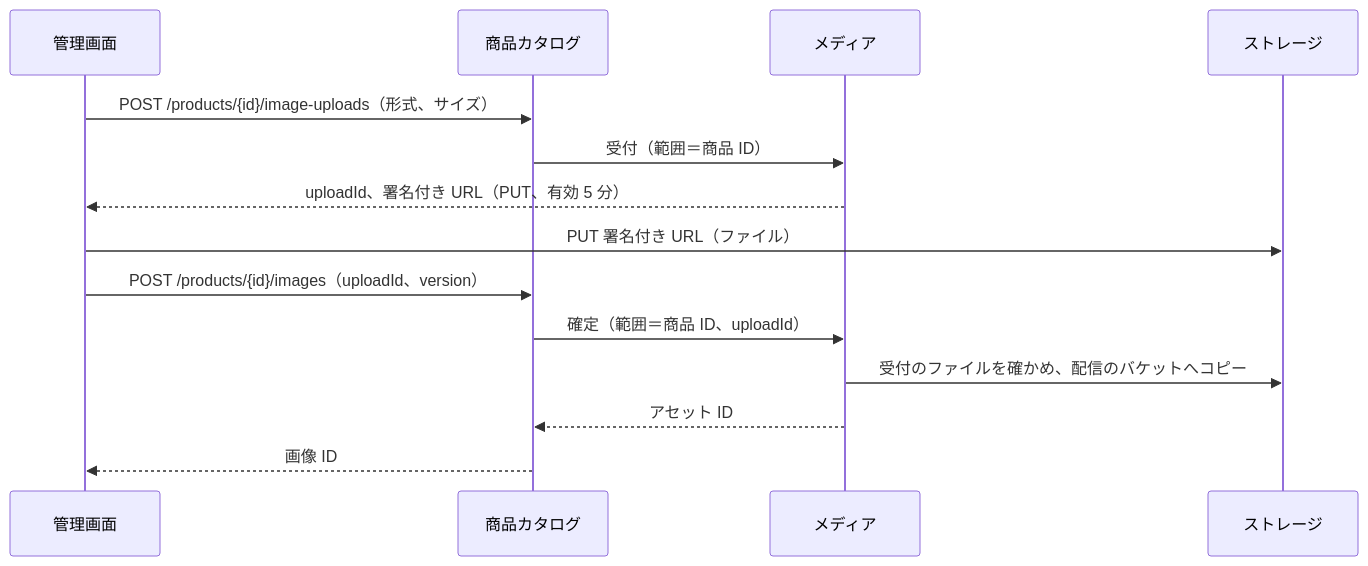
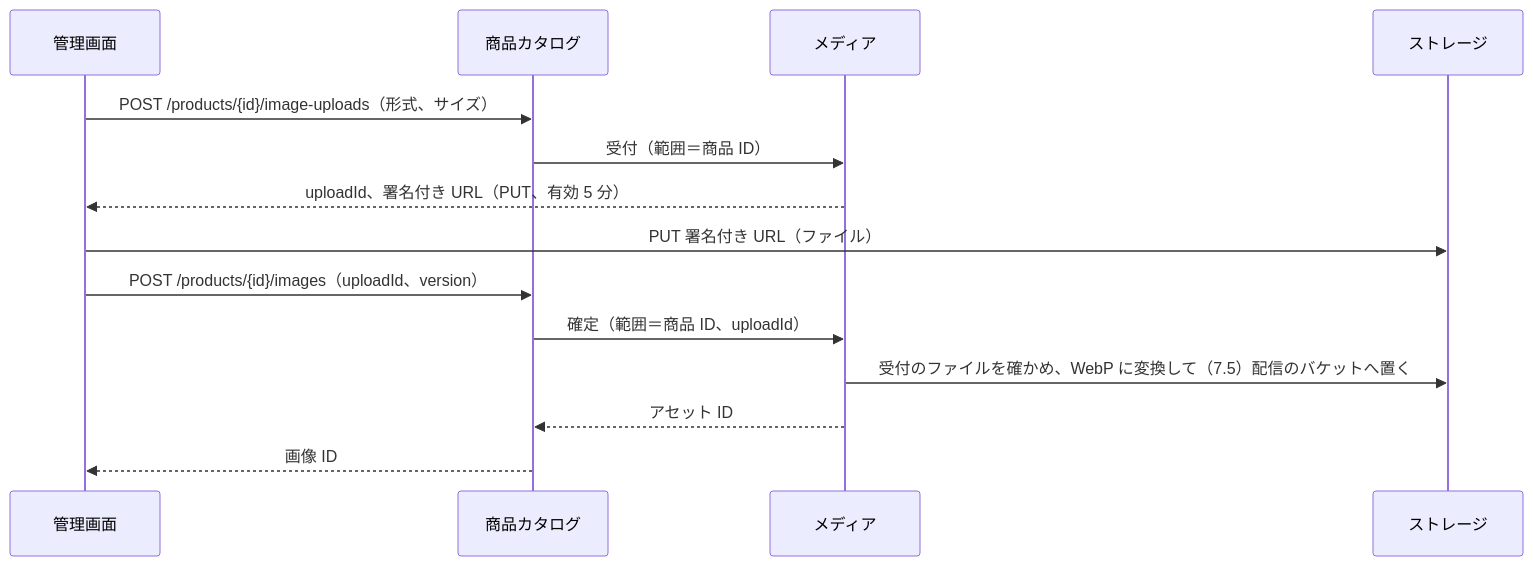
One commit to roger88106/ec-site changed the second of 2 diagrams in docs/specs/001-catalog-and-inventory/plan.md. Above: the diagram before and after it, drawn with Mermaid. The commit also changed other lines of this file and 3 other files, not shown here.

````diff
--- a/docs/specs/001-catalog-and-inventory/plan.md
+++ b/docs/specs/001-catalog-and-inventory/plan.md
@@ -173,16 +175,16 @@
 ```mermaid
 sequenceDiagram
     participant A as 管理画面
     participant C as 商品カタログ
     participant M as メディア
     participant S as ストレージ
     A->>C: POST /products/{id}/image-uploads（形式、サイズ）
     C->>M: 受付（範囲＝商品 ID）
     M-->>A: uploadId、署名付き URL（PUT、有効 5 分）
     A->>S: PUT 署名付き URL（ファイル）
     A->>C: POST /products/{id}/images（uploadId、version）
     C->>M: 確定（範囲＝商品 ID、uploadId）
-    M->>S: 受付のファイルを確かめ、配信のバケットへコピー
+    M->>S: 受付のファイルを確かめ、WebP に変換して（7.5）配信のバケットへ置く
     M-->>C: アセット ID
     C-->>A: 画像 ID
 ```
````
